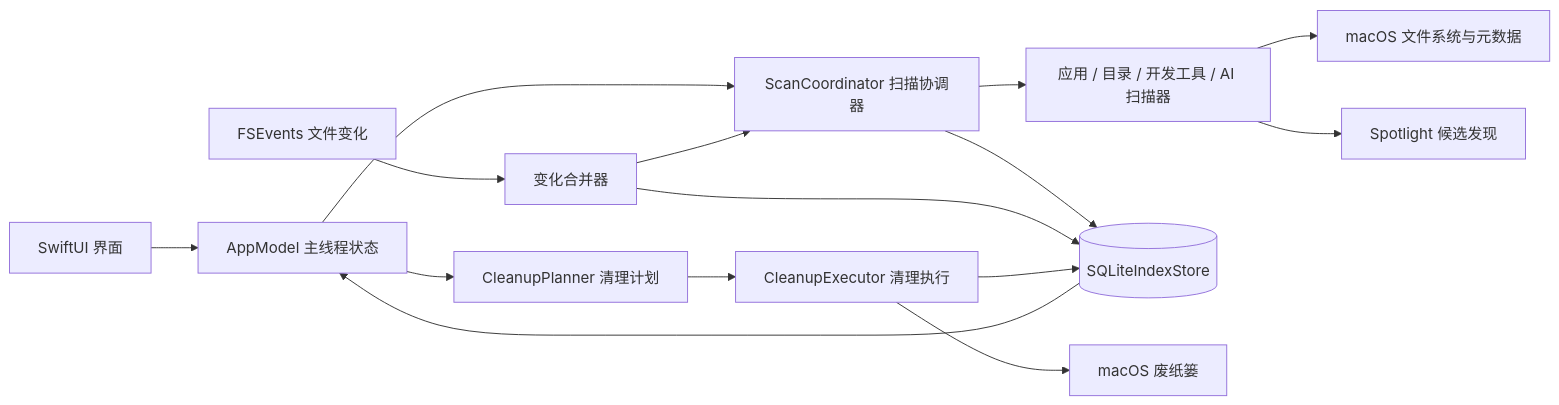
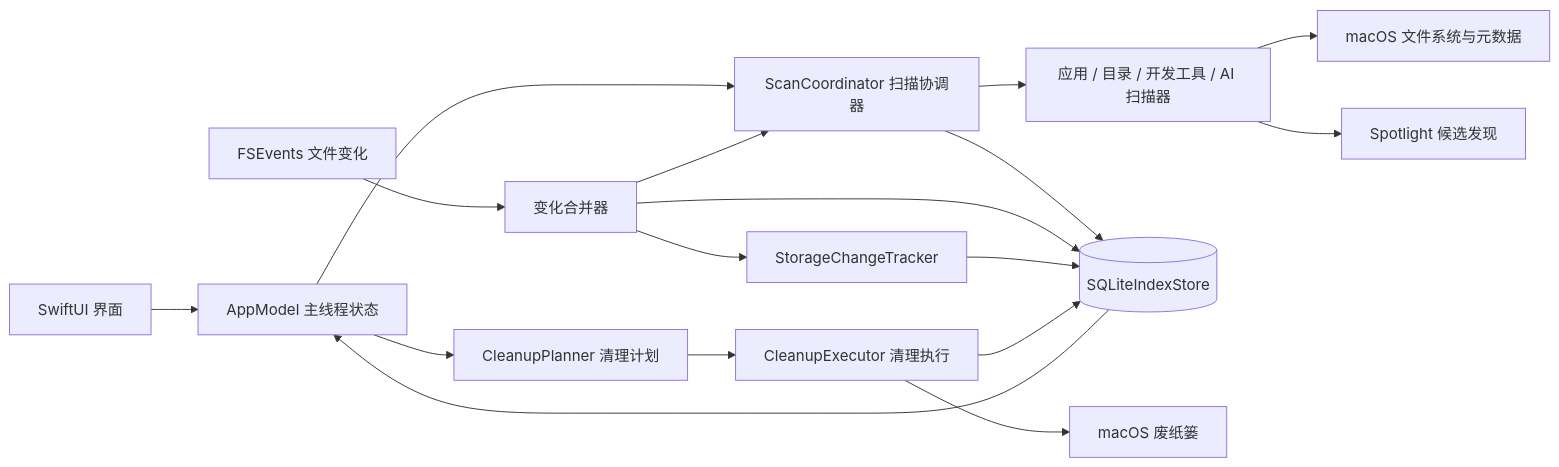
The first of 2 diagrams in docs/ARCHITECTURE.md (Yurh04/SpacePilot), drawn with Mermaid before and after one commit. The commit also changed other lines of this file and 48 other files, not shown here.

````diff
--- a/docs/ARCHITECTURE.md
+++ b/docs/ARCHITECTURE.md
@@ -5,17 +5,19 @@
 ```mermaid
 flowchart LR
     UI[SwiftUI 界面] --> Model[AppModel 主线程状态]
     Model --> Coordinator[ScanCoordinator 扫描协调器]
     Coordinator --> Scanners[应用 / 目录 / 开发工具 / AI 扫描器]
     Scanners --> FS[macOS 文件系统与元数据]
     Scanners --> Spotlight[Spotlight 候选发现]
     Coordinator --> Store[(SQLiteIndexStore)]
     Store --> Model
     Events[FSEvents 文件变化] --> Reconciler[变化合并器]
     Reconciler --> Store
     Reconciler --> Coordinator
+    Reconciler --> ChangeTracker[StorageChangeTracker]
+    ChangeTracker --> Store
     Model --> Planner[CleanupPlanner 清理计划]
     Planner --> Executor[CleanupExecutor 清理执行]
     Executor --> Trash[macOS 废纸篓]
     Executor --> Store
 ```
````
